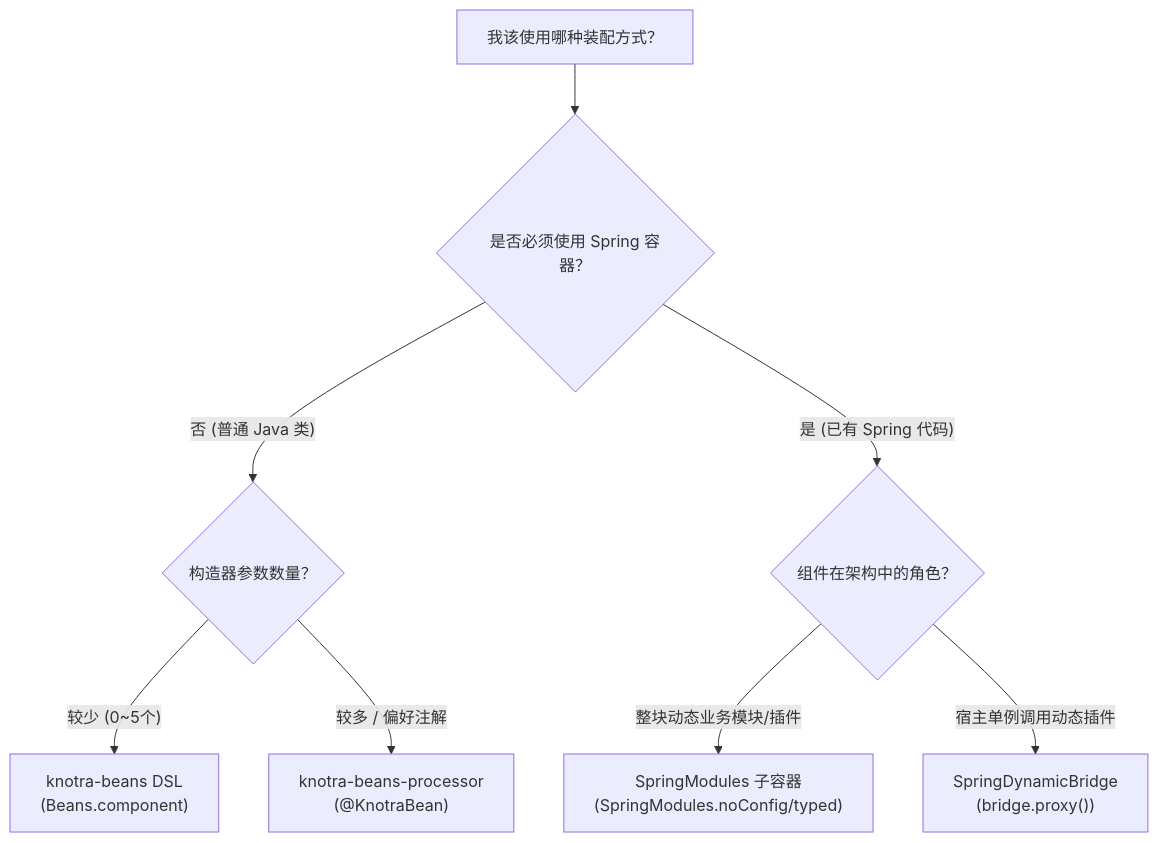
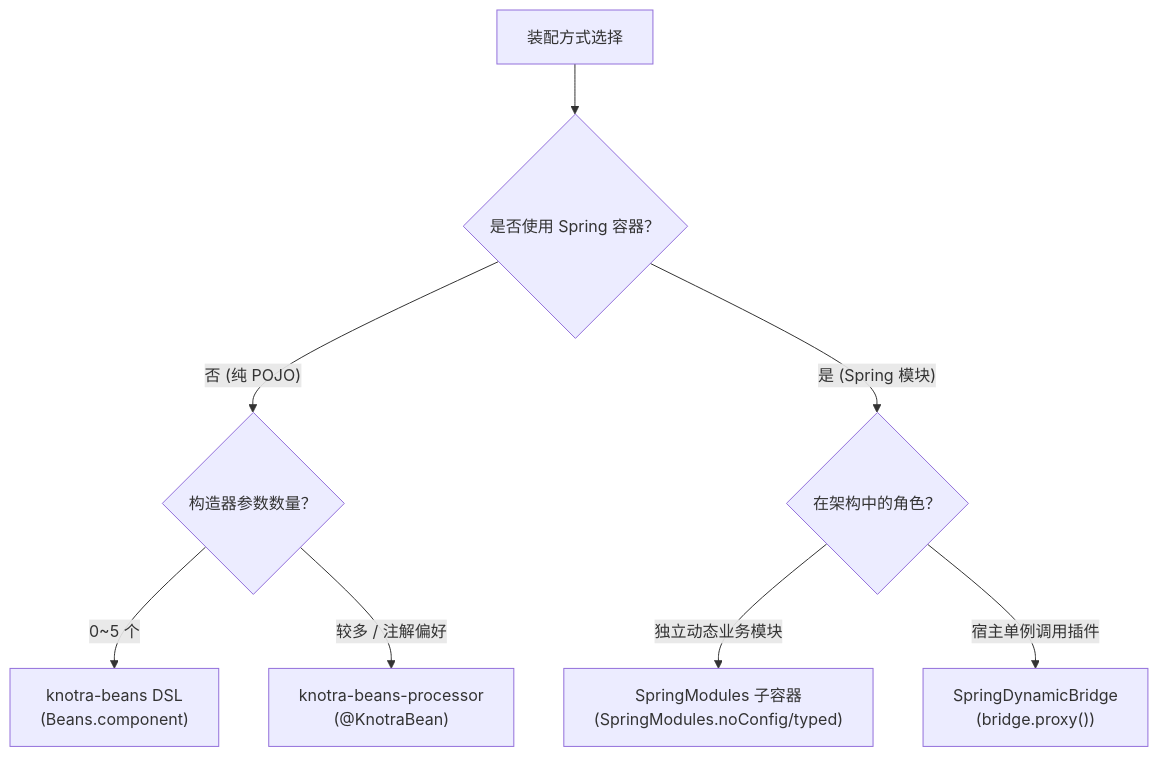
The fourth of 4 diagrams in docs/Knotra Beans 与 Spring 集成指南.md (fjay/knotra), drawn with Mermaid before and after one commit. The commit also changed other lines of this file and 7 other files, not shown here.

````diff
--- a/docs/Knotra Beans 与 Spring 集成指南.md
+++ b/docs/Knotra Beans 与 Spring 集成指南.md
@@ -417,12 +396,12 @@
 ```mermaid
 graph TD
-    start_decision["我该使用哪种装配方式？"] --> q_spring{"是否必须使用 Spring 容器？"}
+    start_decision["装配方式选择"] --> q_spring{"是否使用 Spring 容器？"}
 
-    q_spring -->|"否 (普通 Java 类)"| q_args{"构造器参数数量？"}
-    q_args -->|"较少 (0~5个)"| res_pojo["knotra-beans DSL<br/>(Beans.component)"]
-    q_args -->|"较多 / 偏好注解"| res_proc["knotra-beans-processor<br/>(@KnotraBean)"]
+    q_spring -->|"否 (纯 POJO)"| q_args{"构造器参数数量？"}
+    q_args -->|"0~5 个"| res_pojo["knotra-beans DSL<br/>(Beans.component)"]
+    q_args -->|"较多 / 注解偏好"| res_proc["knotra-beans-processor<br/>(@KnotraBean)"]
 
-    q_spring -->|"是 (已有 Spring 代码)"| q_role{"组件在架构中的角色？"}
-    q_role -->|"整块动态业务模块/插件"| res_child["SpringModules 子容器<br/>(SpringModules.noConfig/typed)"]
-    q_role -->|"宿主单例调用动态插件"| res_bridge["SpringDynamicBridge<br/>(bridge.proxy())"]
+    q_spring -->|"是 (Spring 模块)"| q_role{"在架构中的角色？"}
+    q_role -->|"独立动态业务模块"| res_child["SpringModules 子容器<br/>(SpringModules.noConfig/typed)"]
+    q_role -->|"宿主单例调用插件"| res_bridge["SpringDynamicBridge<br/>(bridge.proxy())"]
 ```
````
